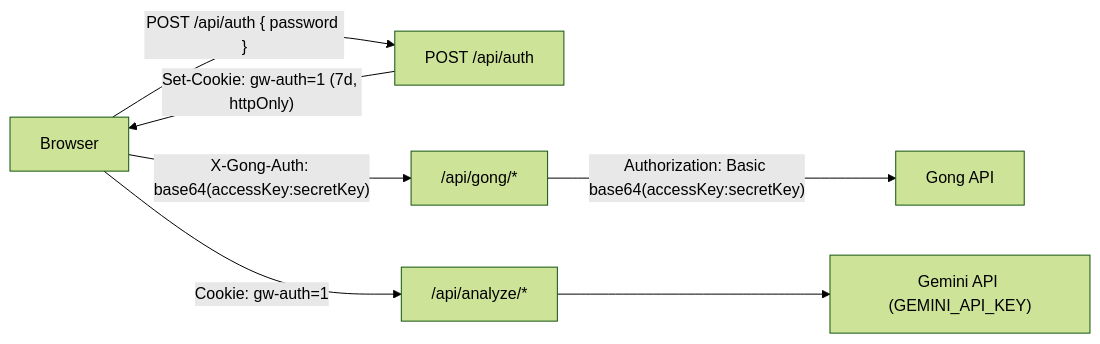
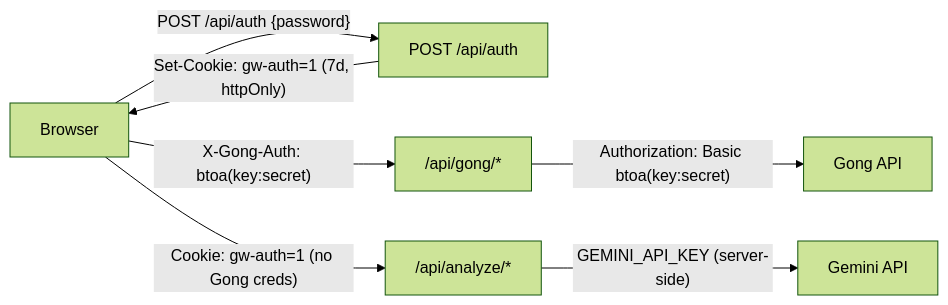
Before and after one commit to forrestmill-cmd/gongwizard: the first of 2 diagrams in docs/generated/api-routes.md, drawn with Mermaid (forest theme). The commit also changed other lines of this file and 11 other files, not shown here.

````diff
--- a/docs/generated/api-routes.md
+++ b/docs/generated/api-routes.md
@@ -55,9 +61,9 @@
 ```mermaid
 flowchart LR
-    Browser -->|"POST /api/auth { password }"| AuthRoute["POST /api/auth"]
+    Browser -->|"POST /api/auth {password}"| AuthRoute["POST /api/auth"]
     AuthRoute -->|"Set-Cookie: gw-auth=1 (7d, httpOnly)"| Browser
-    Browser -->|"X-Gong-Auth: base64(accessKey:secretKey)"| GongProxy["/api/gong/*"]
-    GongProxy -->|"Authorization: Basic base64(accessKey:secretKey)"| GongAPI["Gong API"]
-    Browser -->|"Cookie: gw-auth=1"| AnalyzeRoutes["/api/analyze/*"]
-    AnalyzeRoutes --> Gemini["Gemini API (GEMINI_API_KEY)"]
+    Browser -->|"X-Gong-Auth: btoa(key:secret)"| GongProxy["/api/gong/*"]
+    GongProxy -->|"Authorization: Basic btoa(key:secret)"| GongAPI["Gong API"]
+    Browser -->|"Cookie: gw-auth=1 (no Gong creds)"| AnalyzeRoutes["/api/analyze/*"]
+    AnalyzeRoutes -->|"GEMINI_API_KEY (server-side)"| Gemini["Gemini API"]
 ```
````
